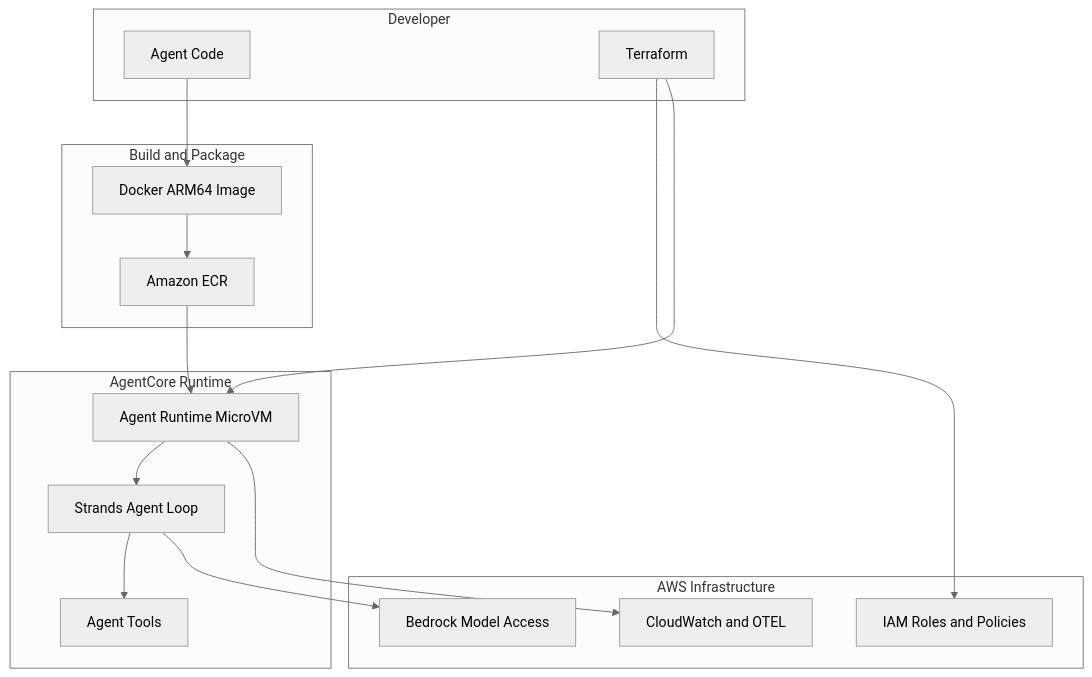
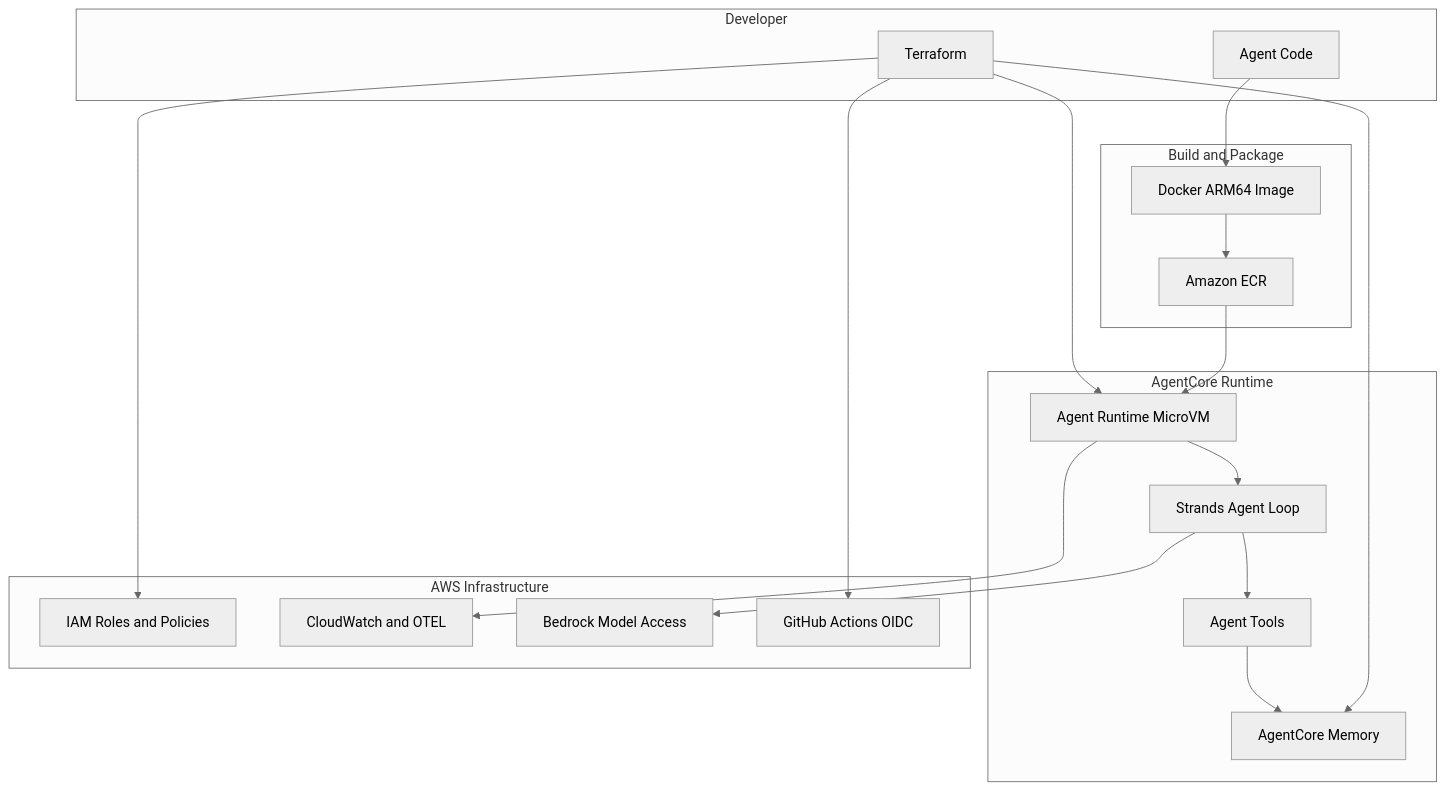
The diagram in README.md (weijianzhg/bedrock-agent-blueprint), drawn with Mermaid (neutral theme) before and after one commit. The commit also changed other lines of this file and 15 other files, not shown here.

````diff
--- a/README.md
+++ b/README.md
@@ -7,31 +7,36 @@
 ```mermaid
 flowchart TB
     subgraph dev [Developer]
         Code[Agent Code]
         TF[Terraform]
     end
 
     subgraph build [Build and Package]
         Docker[Docker ARM64 Image]
         ECR[Amazon ECR]
     end
 
     subgraph runtime [AgentCore Runtime]
         RT[Agent Runtime MicroVM]
         Strands[Strands Agent Loop]
         Tools[Agent Tools]
+        Memory[AgentCore Memory]
     end
 
     subgraph infra [AWS Infrastructure]
         IAM[IAM Roles and Policies]
         CW[CloudWatch and OTEL]
         Bedrock[Bedrock Model Access]
+        Actions[GitHub Actions OIDC]
     end
 
     Code --> Docker --> ECR --> RT
     TF --> IAM
+    TF --> Memory
+    TF --> Actions
     TF --> RT
     RT --> Strands --> Tools
+    Tools --> Memory
     Strands --> Bedrock
     RT --> CW
 ```
````
